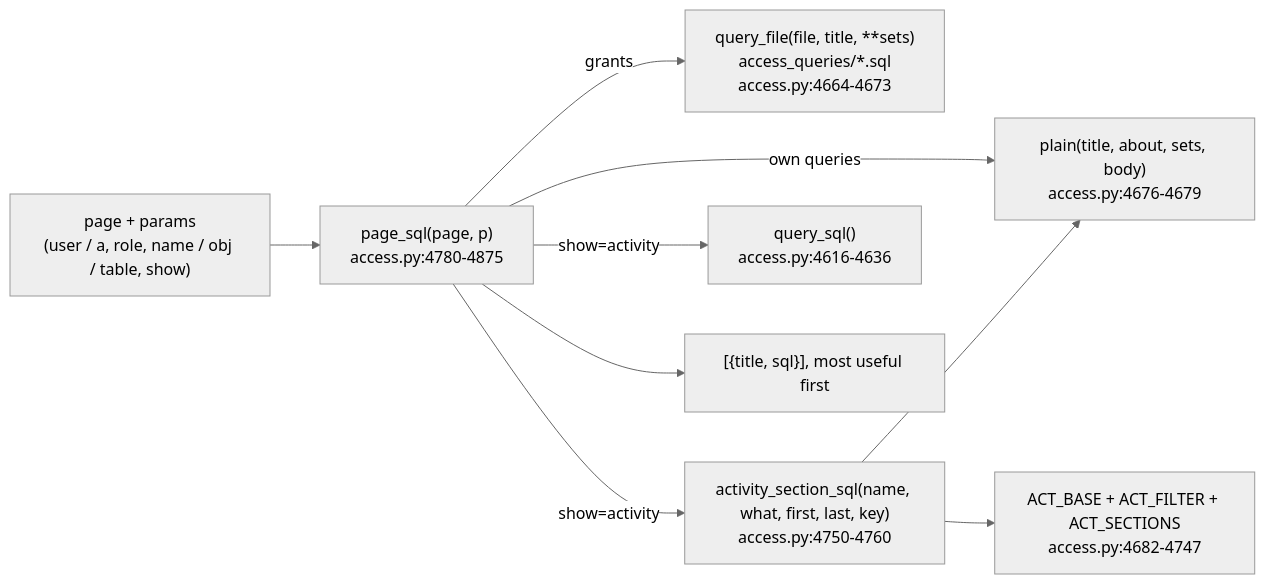
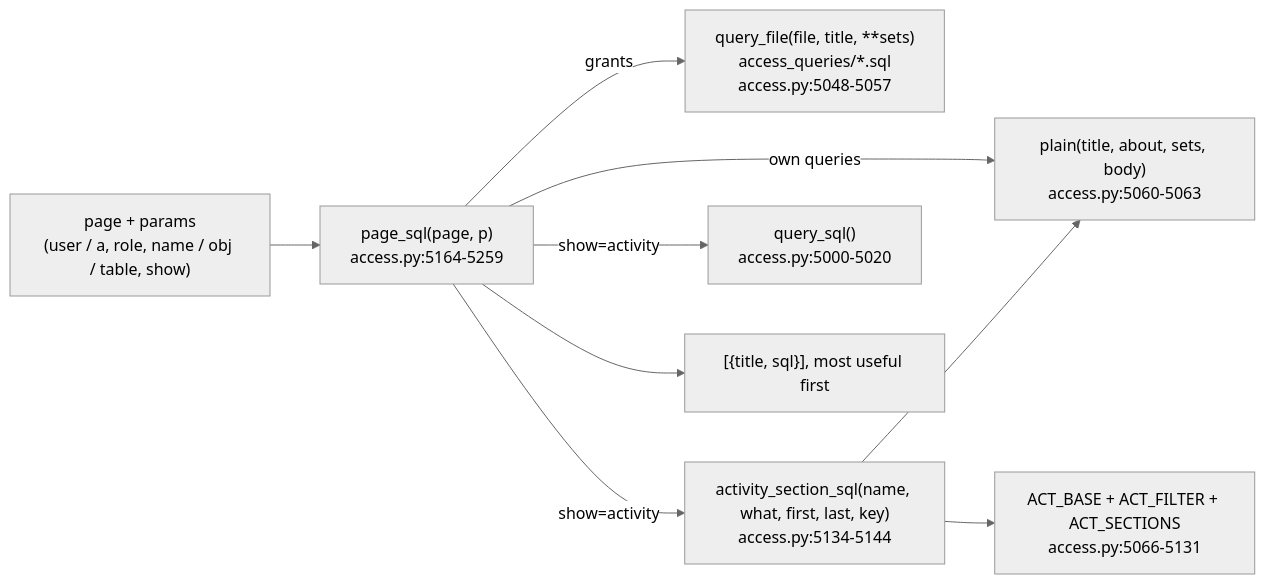
The diagram in snowflake-access-explorer-knowledge-graph/logic/page-sql.md (darshanmeel/snowflake-access-explorer), drawn with Mermaid (neutral theme) before and after one commit. The commit also changed other lines of this file and 82 other files, not shown here.

Commit message:
Knowledge graph: parts store, two-stage load, background refresh, DuckDB rule walk, kept rule results, review fixes (to 448bdbb)

````diff
--- a/snowflake-access-explorer-knowledge-graph/logic/page-sql.md
+++ b/snowflake-access-explorer-knowledge-graph/logic/page-sql.md
@@ -6,11 +6,11 @@
 ```mermaid
 flowchart LR
-  P["page + params<br/>(user / a, role, name / obj / table, show)"] --> PS["page_sql(page, p)<br/>access.py:4780-4875"]
-  PS -->|grants| QF["query_file(file, title, **sets)<br/>access_queries/*.sql<br/>access.py:4664-4673"]
-  PS -->|own queries| PL["plain(title, about, sets, body)<br/>access.py:4676-4679"]
-  PS -->|show=activity| AS["activity_section_sql(name, what, first, last, key)<br/>access.py:4750-4760"]
+  P["page + params<br/>(user / a, role, name / obj / table, show)"] --> PS["page_sql(page, p)<br/>access.py:5164-5259"]
+  PS -->|grants| QF["query_file(file, title, **sets)<br/>access_queries/*.sql<br/>access.py:5048-5057"]
+  PS -->|own queries| PL["plain(title, about, sets, body)<br/>access.py:5060-5063"]
+  PS -->|show=activity| AS["activity_section_sql(name, what, first, last, key)<br/>access.py:5134-5144"]
   AS --> PL
-  AS --> AB["ACT_BASE + ACT_FILTER + ACT_SECTIONS<br/>access.py:4682-4747"]
-  PS -->|show=activity| QS["query_sql()<br/>access.py:4616-4636"]
+  AS --> AB["ACT_BASE + ACT_FILTER + ACT_SECTIONS<br/>access.py:5066-5131"]
+  PS -->|show=activity| QS["query_sql()<br/>access.py:5000-5020"]
   PS --> OUT["[{title, sql}], most useful first"]
 ```
````
